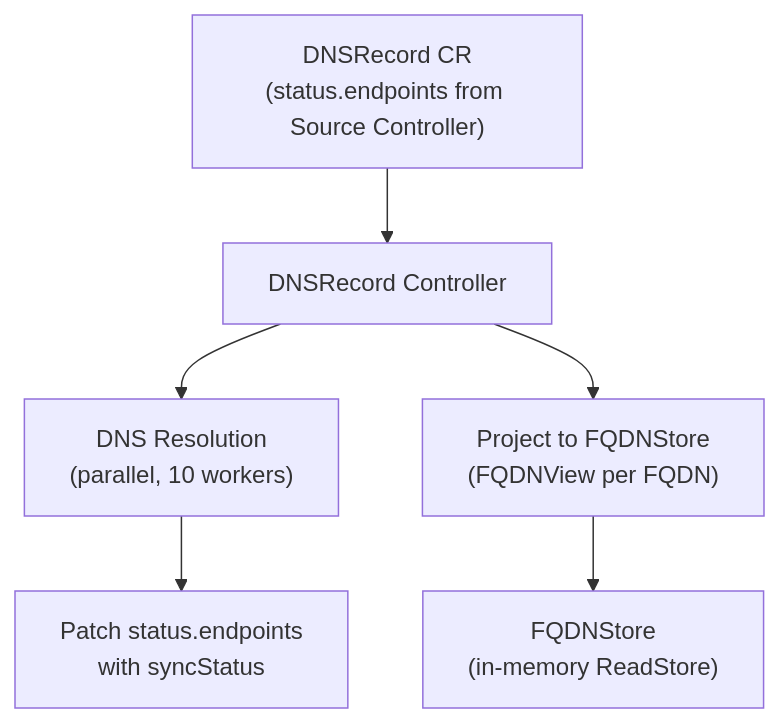
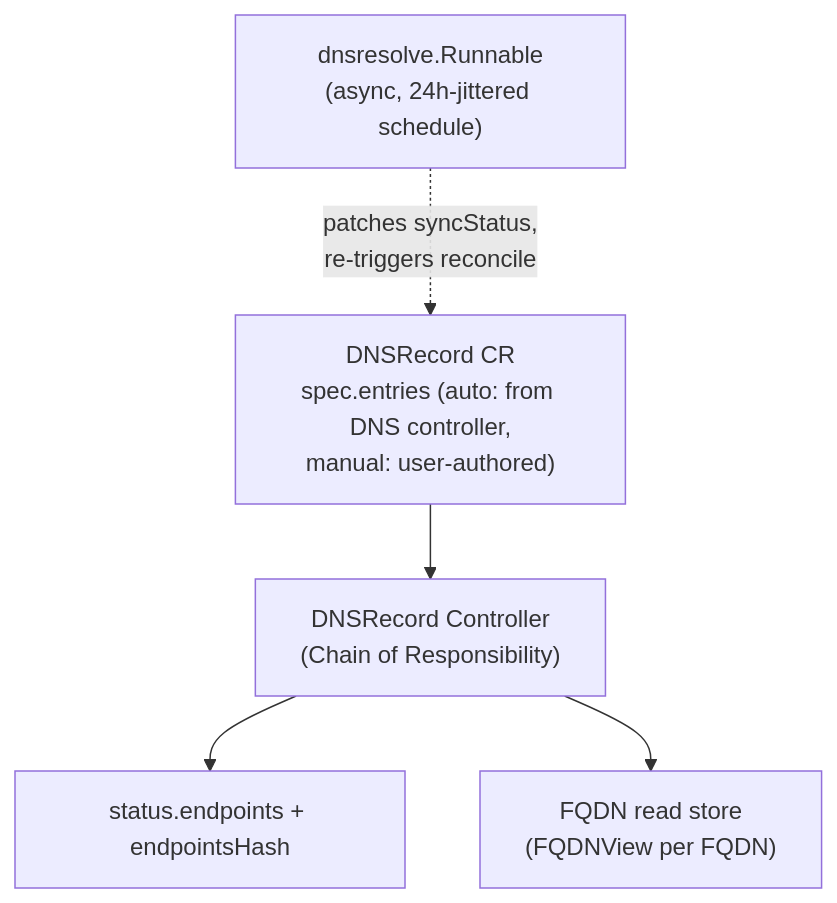
One commit to golgoth31/sreportal changed the first of 2 diagrams in docs/content/docs/flows/dnsrecord.md. Above: the diagram before and after it, drawn with Mermaid. The commit also changed other lines of this file and 4 other files, not shown here.

First line of the commit message:
docs: update configuration and DNS/DNSRecord flows for v1alpha2 architecture (#335)

````diff
--- a/docs/content/docs/flows/dnsrecord.md
+++ b/docs/content/docs/flows/dnsrecord.md
@@ -10,8 +10,7 @@
 ```mermaid
 flowchart TD
-    DNSRecord["DNSRecord CR\n(status.endpoints from Source Controller)"] --> Ctrl["DNSRecord Controller"]
-    Ctrl --> Resolve["DNS Resolution\n(parallel, 10 workers)"]
-    Resolve --> Patch["Patch status.endpoints\nwith syncStatus"]
-    Ctrl --> Project["Project to FQDNStore\n(FQDNView per FQDN)"]
-    Project --> Store["FQDNStore\n(in-memory ReadStore)"]
+    DNSRecord["DNSRecord CR\nspec.entries (auto: from DNS controller,\nmanual: user-authored)"] --> Ctrl["DNSRecord Controller\n(Chain of Responsibility)"]
+    Ctrl --> Status["status.endpoints + endpointsHash"]
+    Ctrl --> Project["FQDN read store\n(FQDNView per FQDN)"]
+    Resolver["dnsresolve.Runnable\n(async, 24h-jittered schedule)"] -.->|patches syncStatus,\nre-triggers reconcile| DNSRecord
 ```
````
